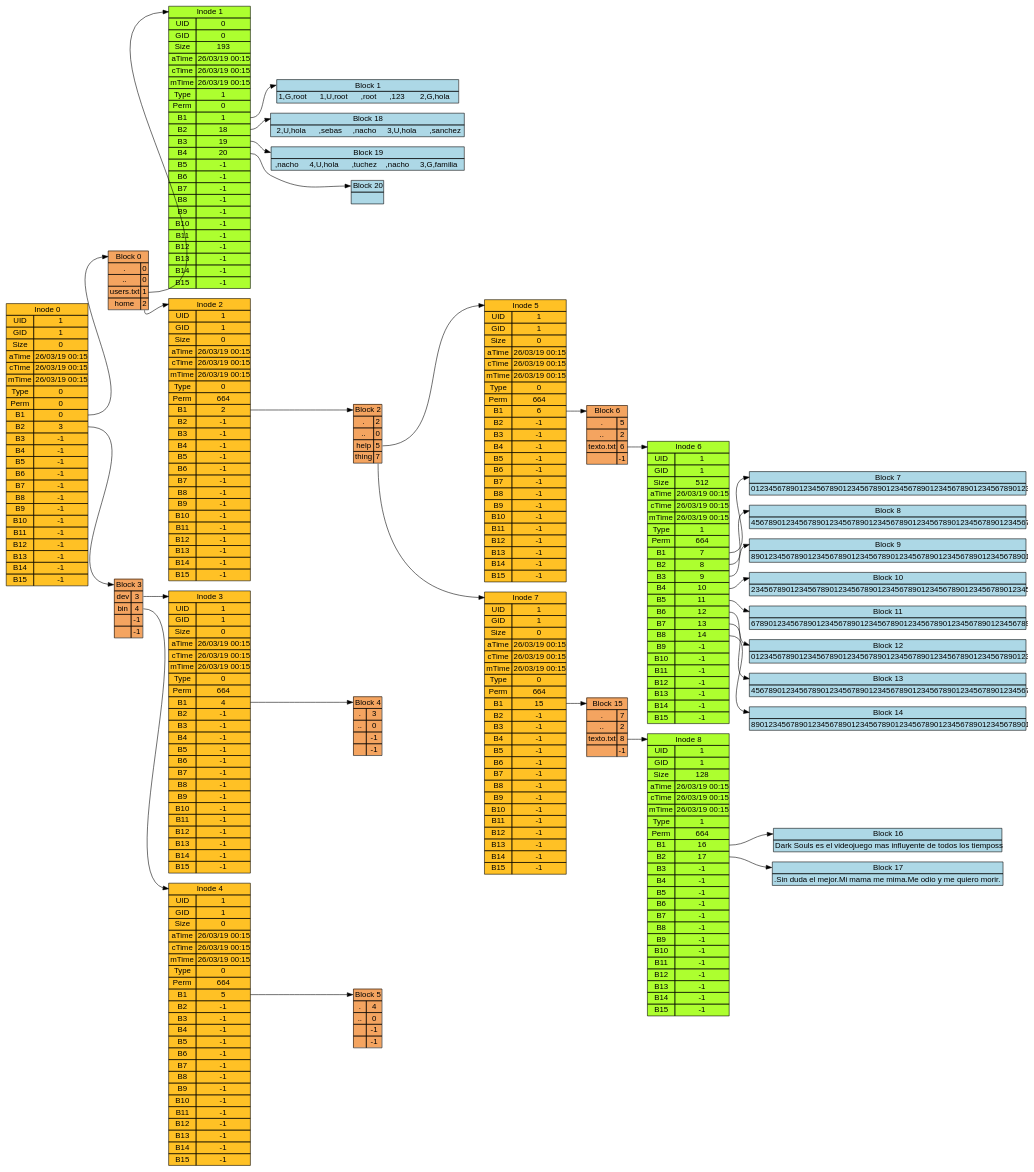
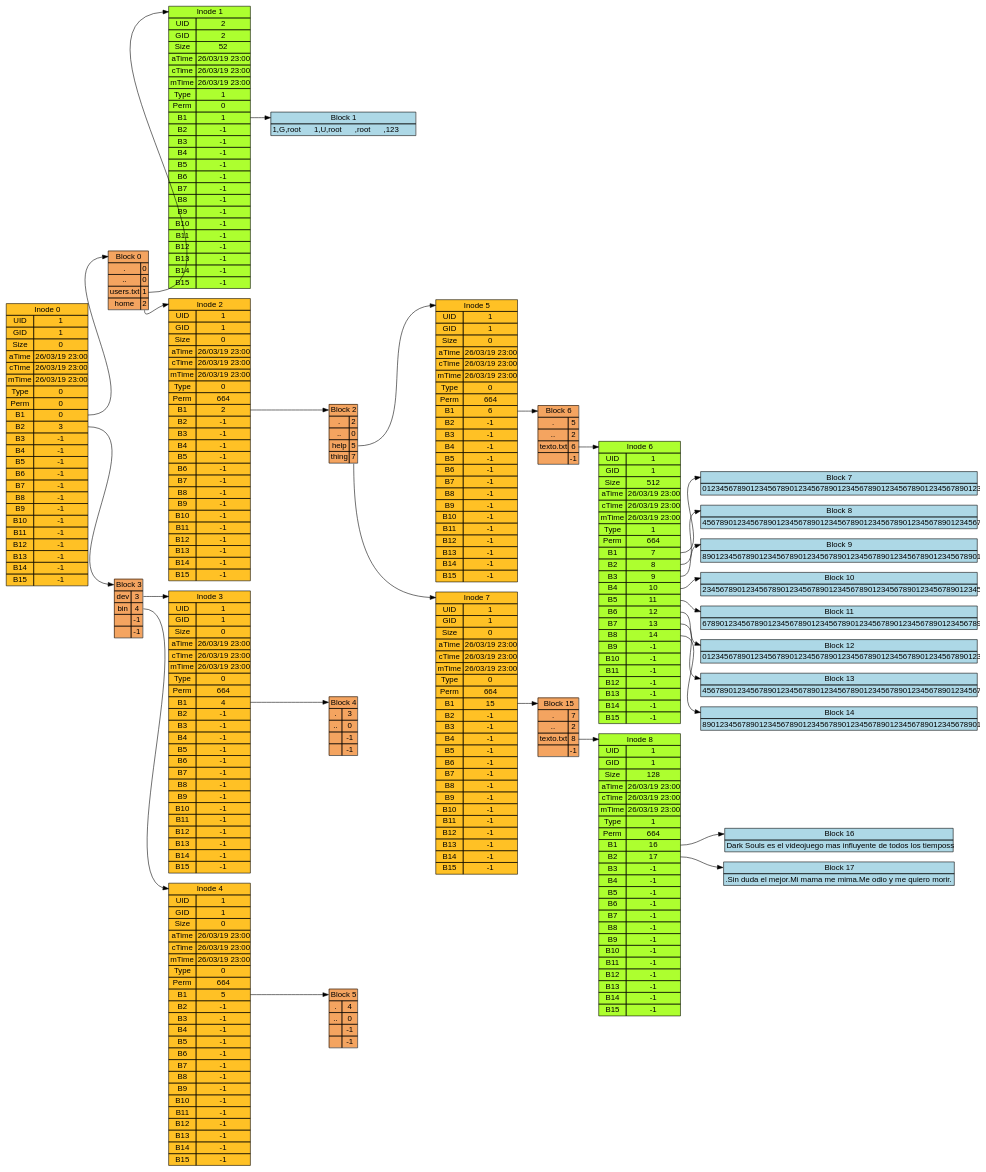
The diagram in build-UltraFileManager-Desktop_Qt_5_5_1_GCC_32bit-Debug/tree.dot (SebastianSNZ/FailsOwO), drawn with Graphviz before and after one commit. The commit also changed 9 other files, not shown here.

```diff
--- a/build-UltraFileManager-Desktop_Qt_5_5_1_GCC_32bit-Debug/tree.dot
+++ b/build-UltraFileManager-Desktop_Qt_5_5_1_GCC_32bit-Debug/tree.dot
@@ -9,9 +9,9 @@
 			<tr> <td>UID</td> <td>1</td> </tr>
 			<tr> <td>GID</td> <td>1</td> </tr>
 			<tr> <td>Size</td> <td>0</td> </tr>
-			<tr> <td>aTime</td> <td>26/03/19 00:15</td> </tr>
-			<tr> <td>cTime</td> <td>26/03/19 00:15</td> </tr>
-			<tr> <td>mTime</td> <td>26/03/19 00:15</td> </tr>
+			<tr> <td>aTime</td> <td>26/03/19 23:00</td> </tr>
+			<tr> <td>cTime</td> <td>26/03/19 23:00</td> </tr>
+			<tr> <td>mTime</td> <td>26/03/19 23:00</td> </tr>
 			<tr> <td>Type</td> <td>0</td> </tr>
 			<tr> <td>Perm</td> <td>0</td> </tr>
 			<tr> <td>B1</td> <td PORT = "f0">0</td> </tr>
@@ -43,18 +43,18 @@
 	in1 [shape=none, margin=0, label =<
 		<table border="0" cellborder="1" cellspacing="0" bgcolor="greenyellow">
 			<tr> <td colspan = "2" PORT="p">Inode 1</td> </tr>
-			<tr> <td>UID</td> <td>0</td> </tr>
-			<tr> <td>GID</td> <td>0</td> </tr>
-			<tr> <td>Size</td> <td>193</td> </tr>
-			<tr> <td>aTime</td> <td>26/03/19 00:15</td> </tr>
-			<tr> <td>cTime</td> <td>26/03/19 00:15</td> </tr>
-			<tr> <td>mTime</td> <td>26/03/19 00:15</td> </tr>
+			<tr> <td>UID</td> <td>2</td> </tr>
+			<tr> <td>GID</td> <td>2</td> </tr>
+			<tr> <td>Size</td> <td>52</td> </tr>
+			<tr> <td>aTime</td> <td>26/03/19 23:00</td> </tr>
+			<tr> <td>cTime</td> <td>26/03/19 23:00</td> </tr>
+			<tr> <td>mTime</td> <td>26/03/19 23:00</td> </tr>
 			<tr> <td>Type</td> <td>1</td> </tr>
 			<tr> <td>Perm</td> <td>0</td> </tr>
 			<tr> <td>B1</td> <td PORT = "f0">1</td> </tr>
-			<tr> <td>B2</td> <td PORT = "f1">18</td> </tr>
-			<tr> <td>B3</td> <td PORT = "f2">19</td> </tr>
-			<tr> <td>B4</td> <td PORT = "f3">20</td> </tr>
+			<tr> <td>B2</td> <td PORT = "f1">-1</td> </tr>
+			<tr> <td>B3</td> <td PORT = "f2">-1</td> </tr>
+			<tr> <td>B4</td> <td PORT = "f3">-1</td> </tr>
 			<tr> <td>B5</td> <td PORT = "f4">-1</td> </tr>
 			<tr> <td>B6</td> <td PORT = "f5">-1</td> </tr>
 			<tr> <td>B7</td> <td PORT = "f6">-1</td> </tr>
@@ -73,36 +73,10 @@
 			<tr> <td colspan = "2" PORT="p">Block 1</td> </tr>
 			<tr> <td colspan = "2"> 1,G,root      
 1,U,root      ,root      ,123       
-2,G,hola     </td> </tr>
+ </td> </tr>
 	</table> >];
 
 	in1:f0 -> bl1:p;
-	bl18 [shape=none, margin=0, label =<
-		<table border="0" cellborder="1" cellspacing="0" bgcolor="lightblue">
-			<tr> <td colspan = "2" PORT="p">Block 18</td> </tr>
-			<tr> <td colspan = "2">   
-2,U,hola      ,sebas     ,nacho     
-3,U,hola      ,sanchez   </td> </tr>
-	</table> >];
-
-	in1:f1 -> bl18:p;
-	bl19 [shape=none, margin=0, label =<
-		<table border="0" cellborder="1" cellspacing="0" bgcolor="lightblue">
-			<tr> <td colspan = "2" PORT="p">Block 19</td> </tr>
-			<tr> <td colspan = "2">  ,nacho     
-4,U,hola      ,tuchez    ,nacho     
-3,G,familia    </td> </tr>
-	</table> >];
-
-	in1:f2 -> bl19:p;
-	bl20 [shape=none, margin=0, label =<
-		<table border="0" cellborder="1" cellspacing="0" bgcolor="lightblue">
-			<tr> <td colspan = "2" PORT="p">Block 20</td> </tr>
-			<tr> <td colspan = "2"> 
- </td> </tr>
-	</table> >];
-
-	in1:f3 -> bl20:p;
 	bl0:f2 -> in1:p;
 	in2 [shape=none, margin=0, label =<
 		<table border="0" cellborder="1" cellspacing="0" bgcolor="goldenrod1">
@@ -110,9 +84,9 @@
 			<tr> <td>UID</td> <td>1</td> </tr>
 			<tr> <td>GID</td> <td>1</td> </tr>
 			<tr> <td>Size</td> <td>0</td> </tr>
-			<tr> <td>aTime</td> <td>26/03/19 00:15</td> </tr>
-			<tr> <td>cTime</td> <td>26/03/19 00:15</td> </tr>
-			<tr> <td>mTime</td> <td>26/03/19 00:15</td> </tr>
+			<tr> <td>aTime</td> <td>26/03/19 23:00</td> </tr>
+			<tr> <td>cTime</td> <td>26/03/19 23:00</td> </tr>
+			<tr> <td>mTime</td> <td>26/03/19 23:00</td> </tr>
 			<tr> <td>Type</td> <td>0</td> </tr>
 			<tr> <td>Perm</td> <td>664</td> </tr>
 			<tr> <td>B1</td> <td PORT = "f0">2</td> </tr>
@@ -147,9 +121,9 @@
 			<tr> <td>UID</td> <td>1</td> </tr>
 			<tr> <td>GID</td> <td>1</td> </tr>
 			<tr> <td>Size</td> <td>0</td> </tr>
-			<tr> <td>aTime</td> <td>26/03/19 00:15</td> </tr>
-			<tr> <td>cTime</td> <td>26/03/19 00:15</td> </tr>
-			<tr> <td>mTime</td> <td>26/03/19 00:15</td> </tr>
+			<tr> <td>aTime</td> <td>26/03/19 23:00</td> </tr>
+			<tr> <td>cTime</td> <td>26/03/19 23:00</td> </tr>
+			<tr> <td>mTime</td> <td>26/03/19 23:00</td> </tr>
 			<tr> <td>Type</td> <td>0</td> </tr>
 			<tr> <td>Perm</td> <td>664</td> </tr>
 			<tr> <td>B1</td> <td PORT = "f0">6</td> </tr>
@@ -184,9 +158,9 @@
 			<tr> <td>UID</td> <td>1</td> </tr>
 			<tr> <td>GID</td> <td>1</td> </tr>
 			<tr> <td>Size</td> <td>512</td> </tr>
-			<tr> <td>aTime</td> <td>26/03/19 00:15</td> </tr>
-			<tr> <td>cTime</td> <td>26/03/19 00:15</td> </tr>
-			<tr> <td>mTime</td> <td>26/03/19 00:15</td> </tr>
+			<tr> <td>aTime</td> <td>26/03/19 23:00</td> </tr>
+			<tr> <td>cTime</td> <td>26/03/19 23:00</td> </tr>
+			<tr> <td>mTime</td> <td>26/03/19 23:00</td> </tr>
 			<tr> <td>Type</td> <td>1</td> </tr>
 			<tr> <td>Perm</td> <td>664</td> </tr>
 			<tr> <td>B1</td> <td PORT = "f0">7</td> </tr>
@@ -271,9 +245,9 @@
 			<tr> <td>UID</td> <td>1</td> </tr>
 			<tr> <td>GID</td> <td>1</td> </tr>
 			<tr> <td>Size</td> <td>0</td> </tr>
-			<tr> <td>aTime</td> <td>26/03/19 00:15</td> </tr>
-			<tr> <td>cTime</td> <td>26/03/19 00:15</td> </tr>
-			<tr> <td>mTime</td> <td>26/03/19 00:15</td> </tr>
+			<tr> <td>aTime</td> <td>26/03/19 23:00</td> </tr>
+			<tr> <td>cTime</td> <td>26/03/19 23:00</td> </tr>
+			<tr> <td>mTime</td> <td>26/03/19 23:00</td> </tr>
 			<tr> <td>Type</td> <td>0</td> </tr>
 			<tr> <td>Perm</td> <td>664</td> </tr>
 			<tr> <td>B1</td> <td PORT = "f0">15</td> </tr>
@@ -308,9 +282,9 @@
 			<tr> <td>UID</td> <td>1</td> </tr>
 			<tr> <td>GID</td> <td>1</td> </tr>
 			<tr> <td>Size</td> <td>128</td> </tr>
-			<tr> <td>aTime</td> <td>26/03/19 00:15</td> </tr>
-			<tr> <td>cTime</td> <td>26/03/19 00:15</td> </tr>
-			<tr> <td>mTime</td> <td>26/03/19 00:15</td> </tr>
+			<tr> <td>aTime</td> <td>26/03/19 23:00</td> </tr>
+			<tr> <td>cTime</td> <td>26/03/19 23:00</td> </tr>
+			<tr> <td>mTime</td> <td>26/03/19 23:00</td> </tr>
 			<tr> <td>Type</td> <td>1</td> </tr>
 			<tr> <td>Perm</td> <td>664</td> </tr>
 			<tr> <td>B1</td> <td PORT = "f0">16</td> </tr>
@@ -368,9 +342,9 @@
 			<tr> <td>UID</td> <td>1</td> </tr>
 			<tr> <td>GID</td> <td>1</td> </tr>
 			<tr> <td>Size</td> <td>0</td> </tr>
-			<tr> <td>aTime</td> <td>26/03/19 00:15</td> </tr>
-			<tr> <td>cTime</td> <td>26/03/19 00:15</td> </tr>
-			<tr> <td>mTime</td> <td>26/03/19 00:15</td> </tr>
+			<tr> <td>aTime</td> <td>26/03/19 23:00</td> </tr>
+			<tr> <td>cTime</td> <td>26/03/19 23:00</td> </tr>
+			<tr> <td>mTime</td> <td>26/03/19 23:00</td> </tr>
 			<tr> <td>Type</td> <td>0</td> </tr>
 			<tr> <td>Perm</td> <td>664</td> </tr>
 			<tr> <td>B1</td> <td PORT = "f0">4</td> </tr>
@@ -407,9 +381,9 @@
 			<tr> <td>UID</td> <td>1</td> </tr>
 			<tr> <td>GID</td> <td>1</td> </tr>
 			<tr> <td>Size</td> <td>0</td> </tr>
-			<tr> <td>aTime</td> <td>26/03/19 00:15</td> </tr>
-			<tr> <td>cTime</td> <td>26/03/19 00:15</td> </tr>
-			<tr> <td>mTime</td> <td>26/03/19 00:15</td> </tr>
+			<tr> <td>aTime</td> <td>26/03/19 23:00</td> </tr>
+			<tr> <td>cTime</td> <td>26/03/19 23:00</td> </tr>
+			<tr> <td>mTime</td> <td>26/03/19 23:00</td> </tr>
 			<tr> <td>Type</td> <td>0</td> </tr>
 			<tr> <td>Perm</td> <td>664</td> </tr>
 			<tr> <td>B1</td> <td PORT = "f0">5</td> </tr>
```
